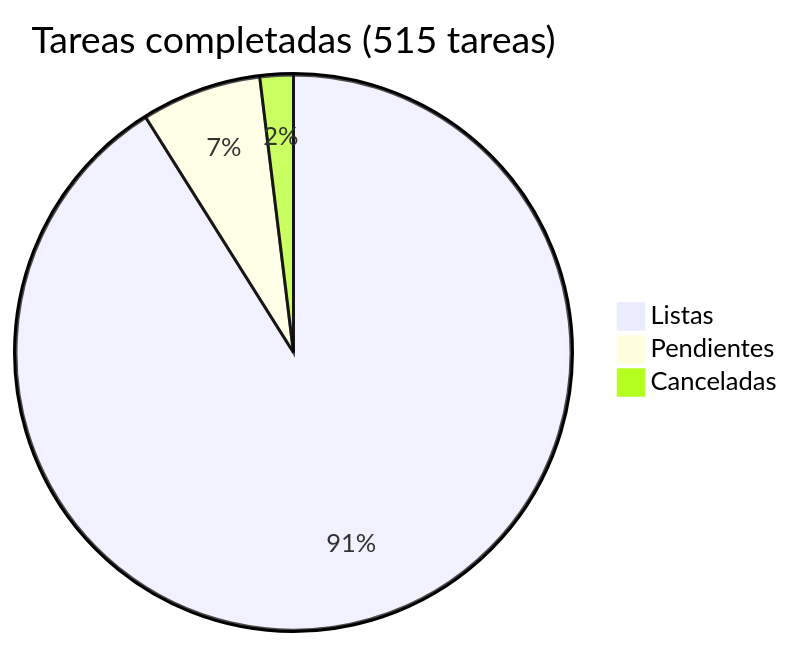
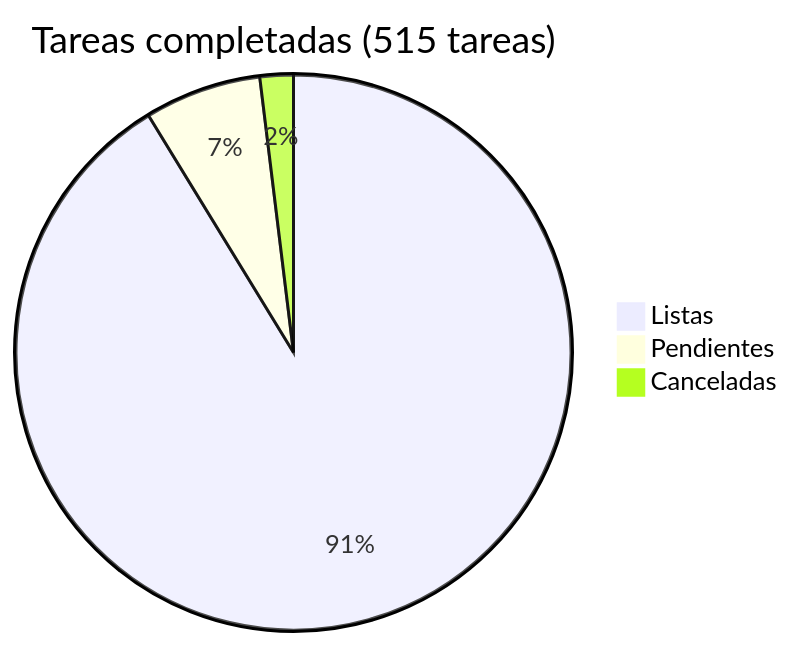
One commit to araguaney-lat/araguaney changed the diagram in docs/roadmap/README.md. Above: the diagram before and after it, drawn with Mermaid. The commit also changed other lines of this file and 1 other file, not shown here.

Commit message:
docs: close phase 29 task 2, inventory of the .lat zone

````diff
--- a/docs/roadmap/README.md
+++ b/docs/roadmap/README.md
@@ -5,6 +5,6 @@
 ```mermaid
 pie title Tareas completadas (515 tareas)
-    "Listas" : 469
-    "Pendientes" : 36
+    "Listas" : 470
+    "Pendientes" : 35
     "Canceladas" : 10
 ```
````
